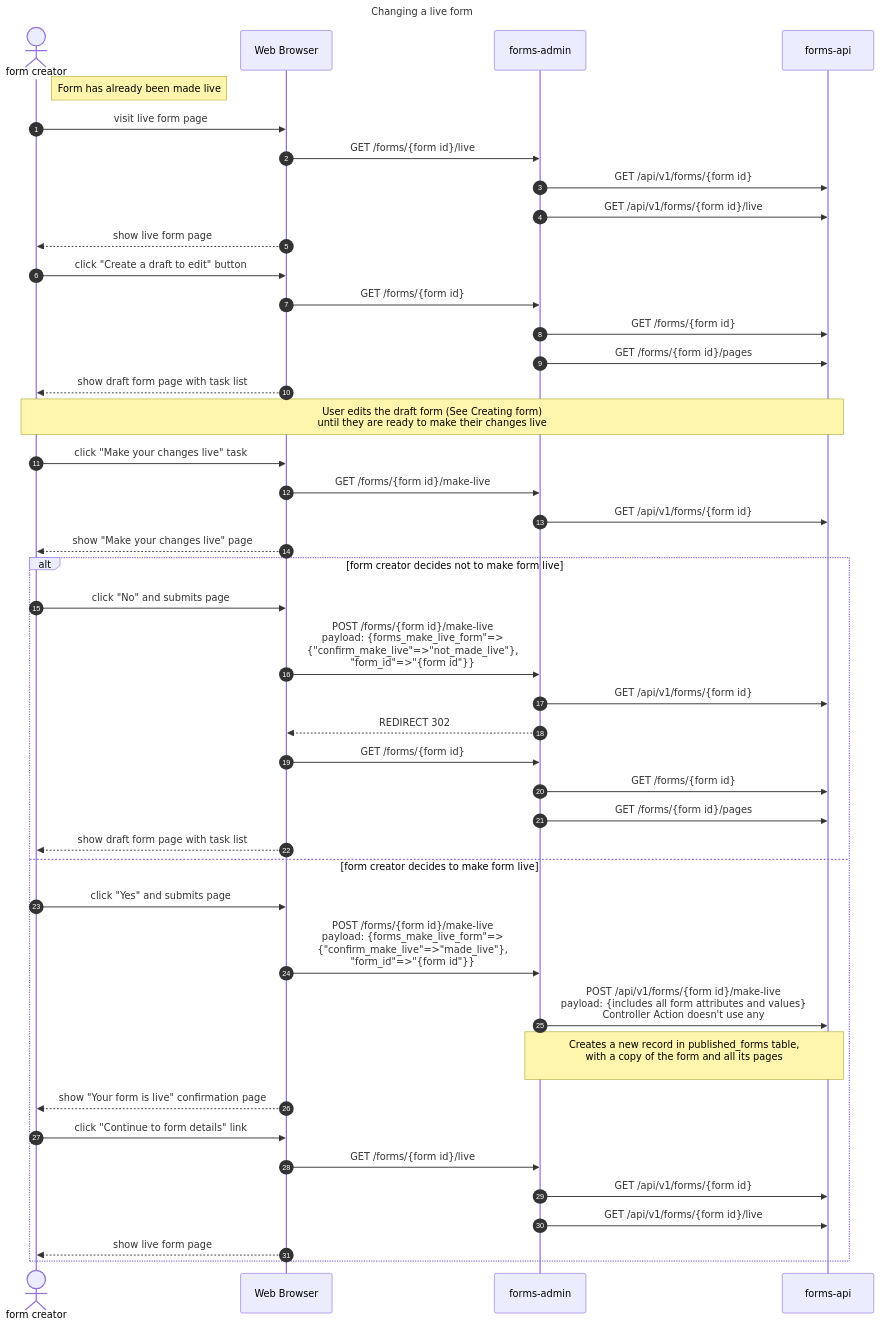
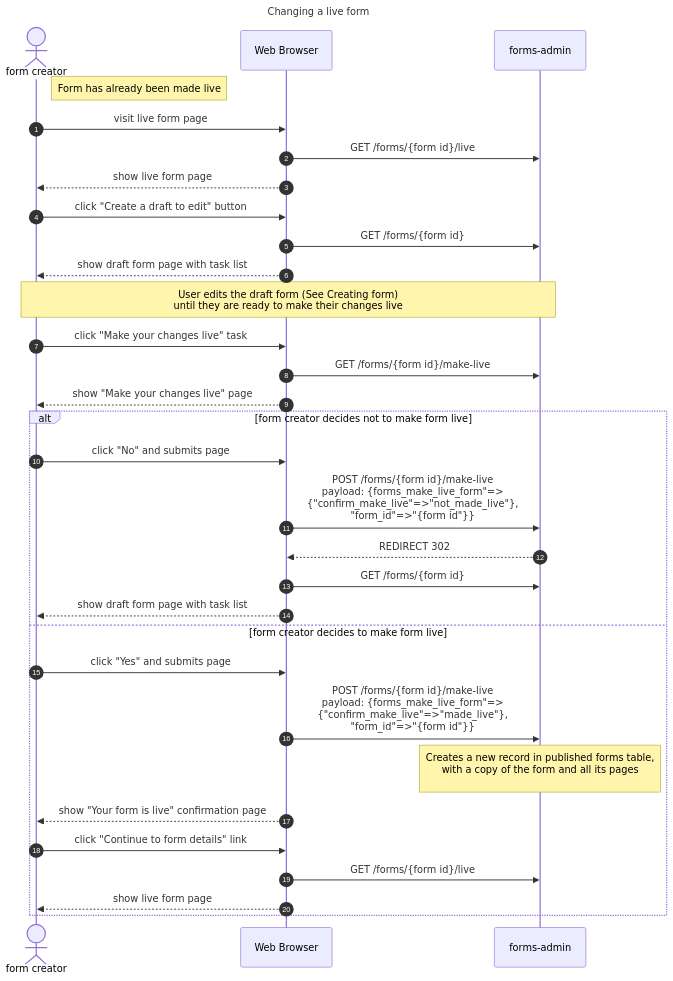
One commit to alphagov/forms changed the diagram in diagrams/sequence-diagrams/changing-a-form.md. Above: the diagram before and after it, drawn with Mermaid. The commit also changed 3 other files, not shown here.

First line of the commit message:
Remove forms-api from sequence diagrams

````diff
--- a/diagrams/sequence-diagrams/changing-a-form.md
+++ b/diagrams/sequence-diagrams/changing-a-form.md
@@ -3,53 +3,40 @@
 ```mermaid 
 %%{init:{"sequence": { "showSequenceNumbers": true }}}%%
 sequenceDiagram
   title Changing a live form
   actor user as form creator
   participant browser as Web Browser
   participant admin as forms-admin
   link admin: GitHub repo @ https://github.com/alphagov/forms-admin   
-  participant api as forms-api
-  link api: GitHub repo @ https://github.com/alphagov/forms-api 
 
   note right of user: Form has already been made live
 
   user->>browser: visit live form page
   browser->>admin: GET /forms/{form id}/live
-  admin->>api: GET /api/v1/forms/{form id}
-  admin->>api: GET /api/v1/forms/{form id}/live
   browser-->>user: show live form page
   
   user->>browser: click "Create a draft to edit" button
   browser->>admin: GET /forms/{form id}
-  admin->>api: GET /forms/{form id}
-  admin->>api: GET /forms/{form id}/pages
   browser-->>user: show draft form page with task list
   
-  note over user,api: User edits the draft form (See Creating form)<br>until they are ready to make their changes live
+  note over user,admin: User edits the draft form (See Creating form)<br>until they are ready to make their changes live
 
   user->>browser: click "Make your changes live" task
   browser->>admin: GET /forms/{form id}/make-live
-  admin->>api: GET /api/v1/forms/{form id}
   browser-->>user: show "Make your changes live" page
   alt form creator decides not to make form live
     user->>browser: click "No" and submits page
     browser->>admin: POST /forms/{form id}/make-live<br>payload: {forms_make_live_form"=><br>{"confirm_make_live"=>"not_made_live"},<br>"form_id"=>"{form id"}}
-    admin->>api: GET /api/v1/forms/{form id}
     admin-->>browser: REDIRECT 302
     browser->>admin: GET /forms/{form id}
-    admin->>api: GET /forms/{form id}
-    admin->>api: GET /forms/{form id}/pages
     browser-->>user: show draft form page with task list
   else form creator decides to make form live
     user->>browser: click "Yes" and submits page
     browser->>admin: POST /forms/{form id}/make-live<br>payload: {forms_make_live_form"=><br>{"confirm_make_live"=>"made_live"},<br>"form_id"=>"{form id"}}
-    admin->>api: POST /api/v1/forms/{form id}/make-live<br>payload: {includes all form attributes and values}<br>Controller Action doesn't use any
-    note over admin,api: Creates a new record in published_forms table,<br>with a copy of the form and all its pages<br>
+    note over admin,admin: Creates a new record in published forms table,<br>with a copy of the form and all its pages<br>
     browser-->>user: show "Your form is live" confirmation page
     user->>browser: click "Continue to form details" link
     browser->>admin: GET /forms/{form id}/live
-    admin->>api: GET /api/v1/forms/{form id}
-    admin->>api: GET /api/v1/forms/{form id}/live
     browser-->>user: show live form page
   end
 ```
````
